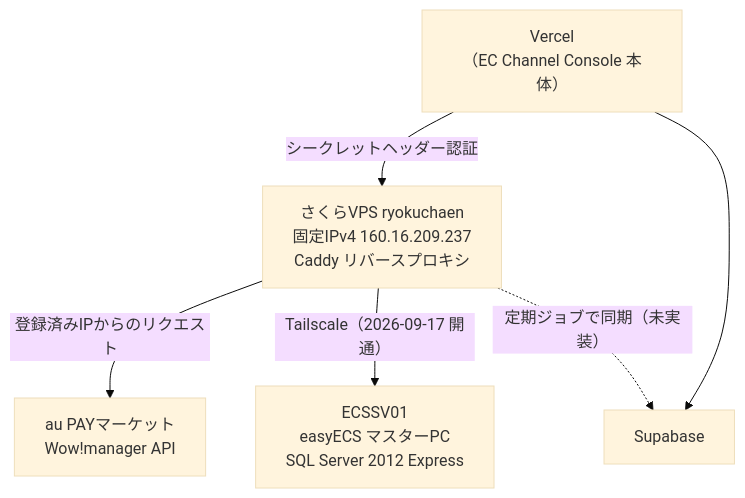
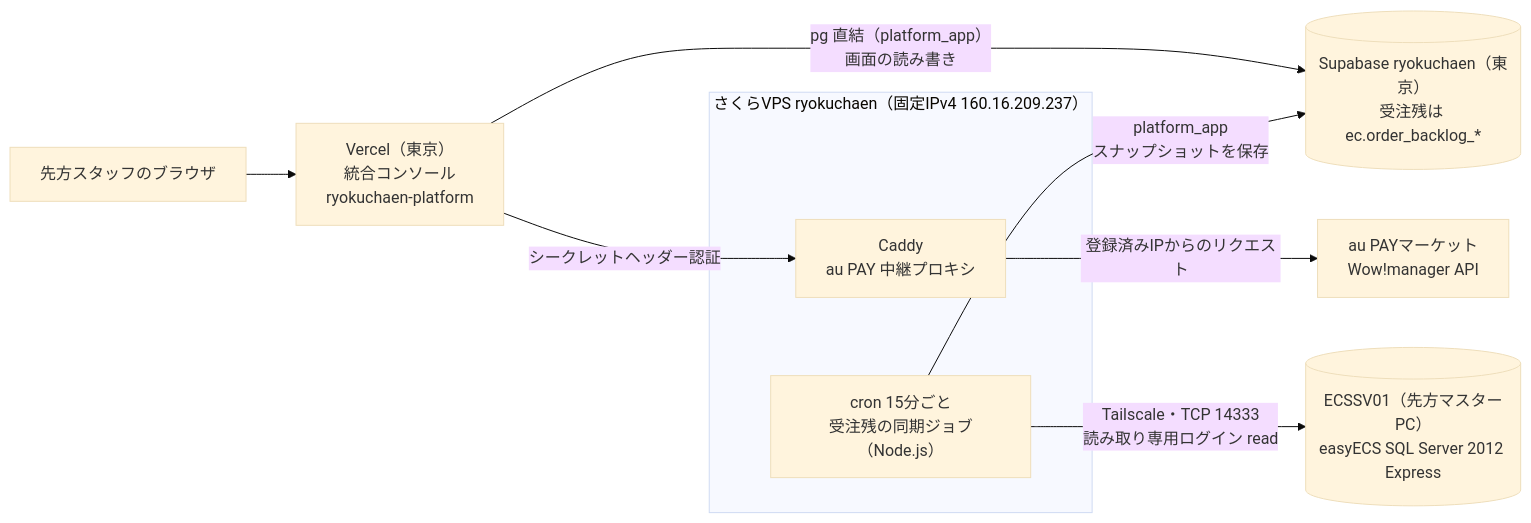
Before and after one commit to CHOISC1208/obisidian: the diagram in 03_freelance/03-03_緑茶園/ツール/さくらVPS/さくらVPS（ryokuchaen）.md, drawn with Mermaid (base theme). The commit also changed other lines of this file and 2 other files, not shown here.

````diff
--- a/03_freelance/03-03_緑茶園/ツール/さくらVPS/さくらVPS（ryokuchaen）.md
+++ b/03_freelance/03-03_緑茶園/ツール/さくらVPS/さくらVPS（ryokuchaen）.md
@@ -33,8 +38,13 @@
 ```mermaid
-flowchart TD
-  V["Vercel<br/>（EC Channel Console 本体）"] -->|"シークレットヘッダー認証"| P
-  P["さくらVPS ryokuchaen<br/>固定IPv4 160.16.209.237<br/>Caddy リバースプロキシ"] -->|"登録済みIPからのリクエスト"| AU["au PAYマーケット<br/>Wow!manager API"]
-  P -->|"Tailscale（2026-09-17 開通）"| ECS["ECSSV01<br/>easyECS マスターPC<br/>SQL Server 2012 Express"]
-  P -.->|"定期ジョブで同期（未実装）"| SB["Supabase"]
-  V --> SB
+flowchart LR
+  U["先方スタッフのブラウザ"] --> V["Vercel（東京）<br/>統合コンソール<br/>ryokuchaen-platform"]
+  V -->|"pg 直結（platform_app）<br/>画面の読み書き"| SB[("Supabase ryokuchaen（東京）<br/>受注残は ec.order_backlog_*")]
+  V -->|"シークレットヘッダー認証"| CADDY
+  subgraph VPS["さくらVPS ryokuchaen（固定IPv4 160.16.209.237）"]
+    CADDY["Caddy<br/>au PAY 中継プロキシ"]
+    JOB["cron 15分ごと<br/>受注残の同期ジョブ（Node.js）"]
+  end
+  CADDY -->|"登録済みIPからのリクエスト"| AU["au PAYマーケット<br/>Wow!manager API"]
+  JOB -->|"Tailscale・TCP 14333<br/>読み取り専用ログイン read"| ECS[("ECSSV01（先方マスターPC）<br/>easyECS SQL Server 2012 Express")]
+  JOB -->|"platform_app<br/>スナップショットを保存"| SB
 ```
````
